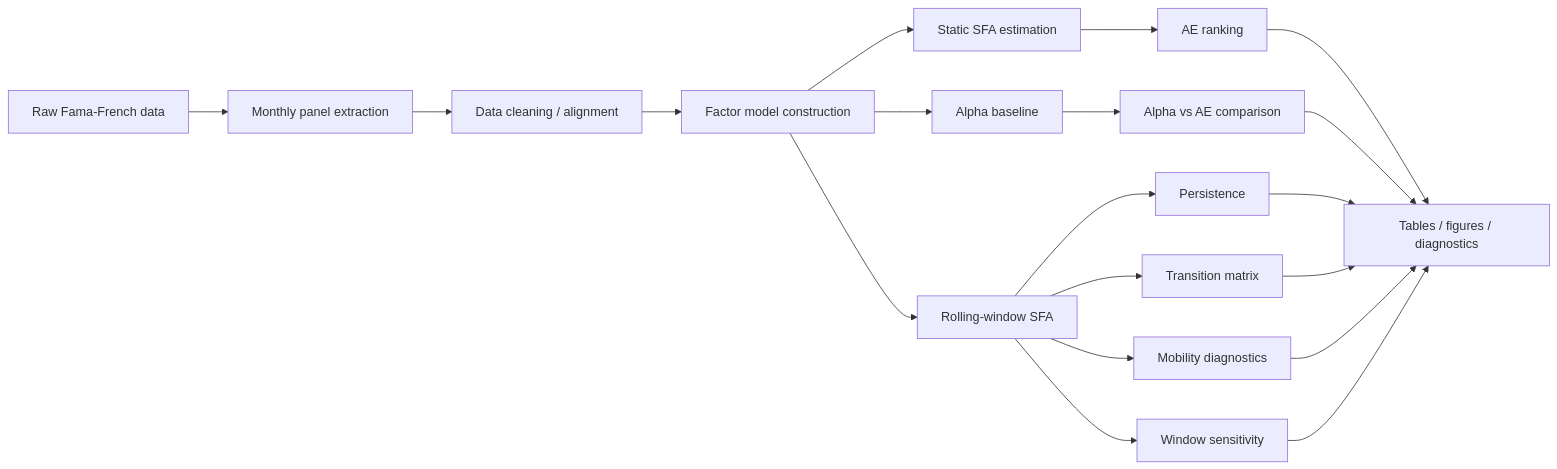
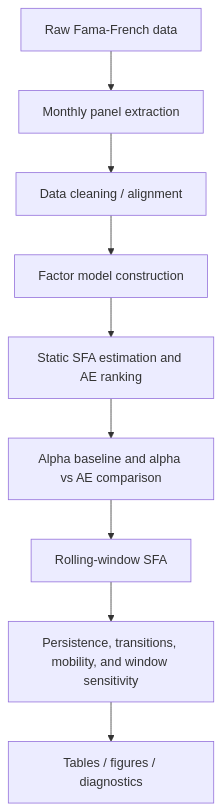
One commit to drmshoaib/latent-performance-benchmarking changed the diagram in README.md. Above: the diagram before and after it, drawn with Mermaid. The commit also changed other lines of this file, not shown here.

Commit message:
Update README badges and workflow layout

````diff
--- a/README.md
+++ b/README.md
@@ -46,21 +51,11 @@
 ```mermaid
-flowchart LR
+flowchart TD
     A["Raw Fama-French data"] --> B["Monthly panel extraction"]
     B --> C["Data cleaning / alignment"]
     C --> D["Factor model construction"]
-    D --> E["Static SFA estimation"]
-    D --> F["Alpha baseline"]
-    D --> G["Rolling-window SFA"]
-    E --> H["AE ranking"]
-    F --> I["Alpha vs AE comparison"]
-    G --> J["Persistence"]
-    G --> K["Transition matrix"]
-    G --> L["Mobility diagnostics"]
-    G --> M["Window sensitivity"]
-    H --> N["Tables / figures / diagnostics"]
-    I --> N
-    J --> N
-    K --> N
-    L --> N
-    M --> N
+    D --> E["Static SFA estimation and AE ranking"]
+    E --> F["Alpha baseline and alpha vs AE comparison"]
+    F --> G["Rolling-window SFA"]
+    G --> H["Persistence, transitions, mobility, and window sensitivity"]
+    H --> I["Tables / figures / diagnostics"]
 ```
````
